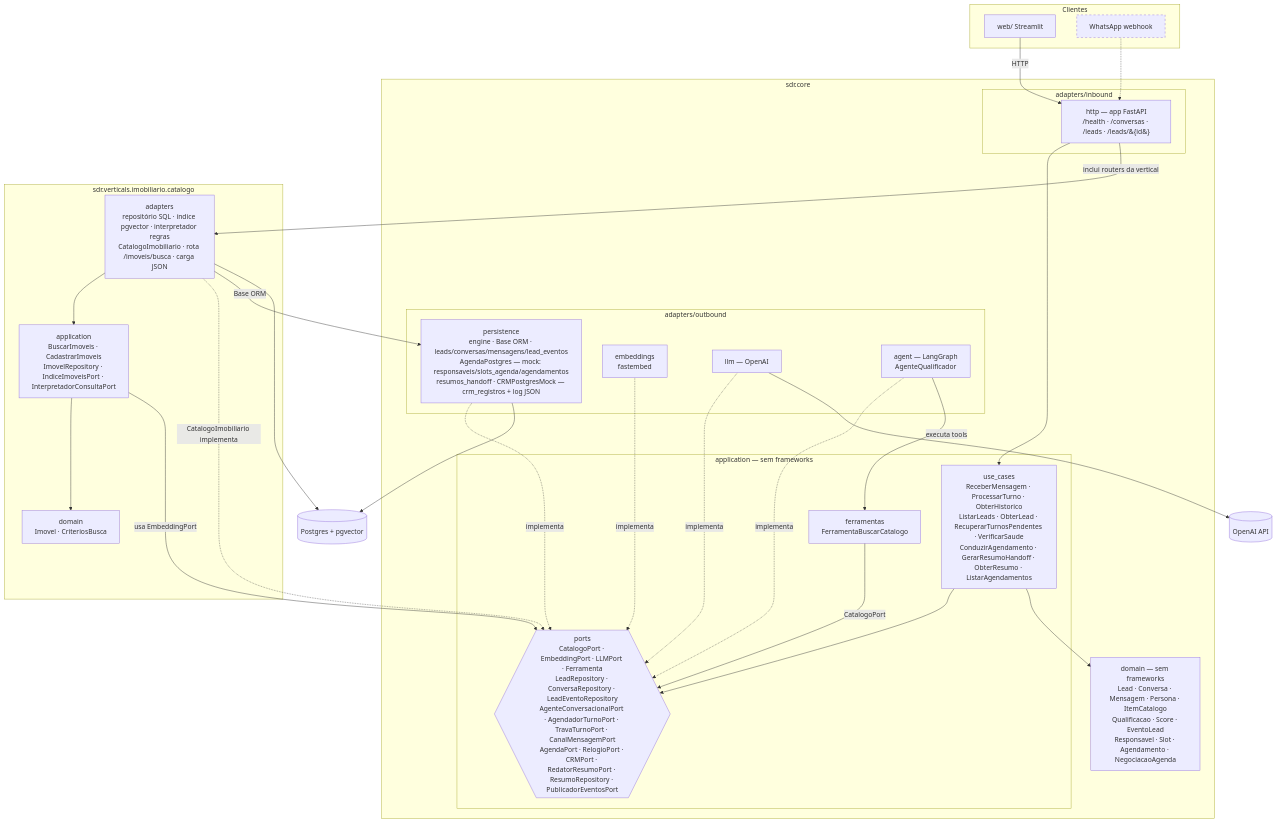
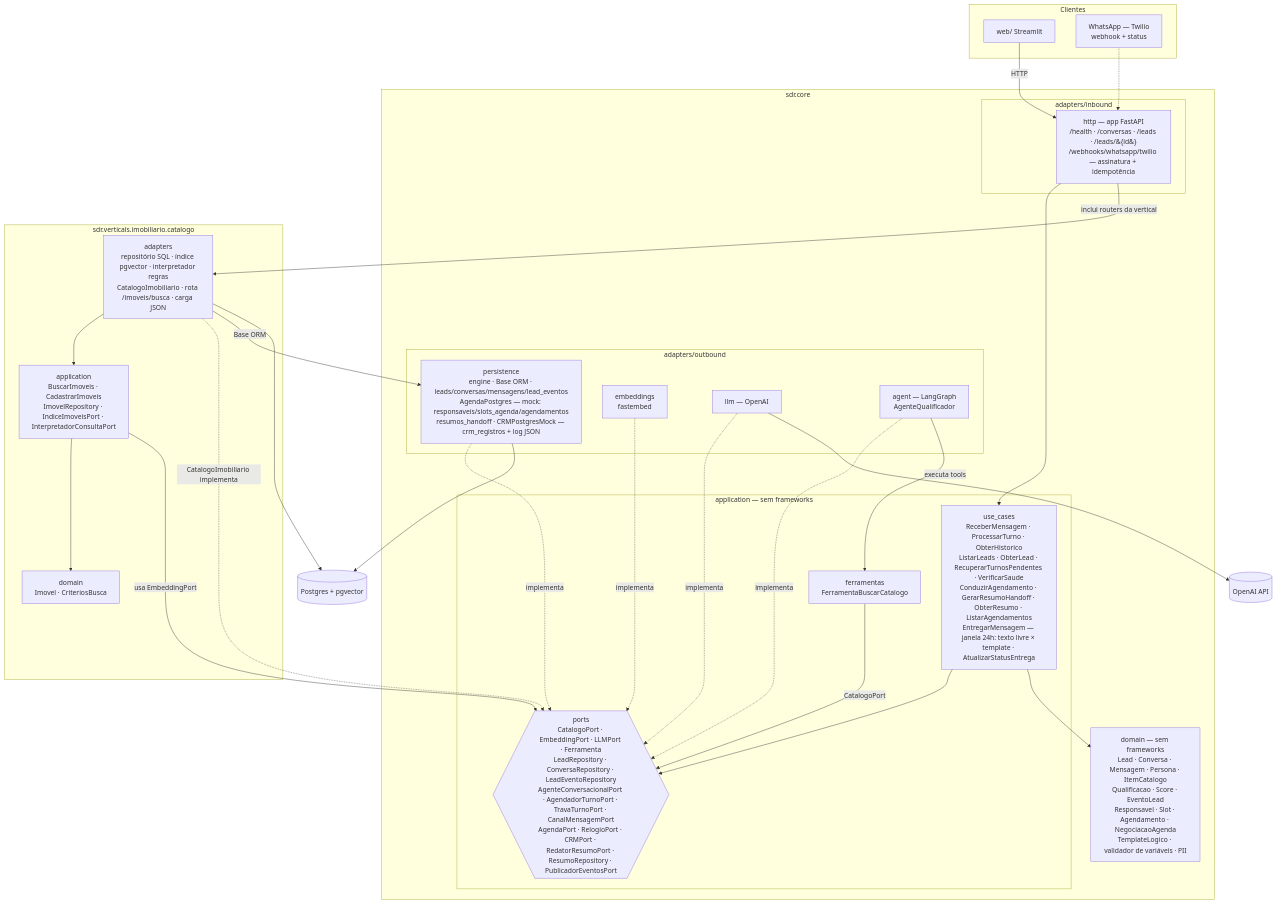
Before and after one commit to amaranini/tech-challenge-fase-5: the third of 15 diagrams in docs/arquitetura.md, drawn with Mermaid. The commit also changed 68 other files, not shown here.

First line of the commit message:
Dia 4 Etapa A: canal WhatsApp (Twilio) + templates com janela de 24h no core

````diff
--- a/docs/arquitetura.md
+++ b/docs/arquitetura.md
@@ -98,57 +98,57 @@
 ```mermaid
 flowchart TB
     subgraph clientes[Clientes]
         web[web/ Streamlit]
-        wpp[WhatsApp webhook]:::futuro
+        wpp[WhatsApp — Twilio<br/>webhook + status]
     end
 
     subgraph core[sdr.core]
         subgraph cin[adapters/inbound]
-            http[http — app FastAPI<br/>/health · /conversas · /leads · /leads/&#123;id&#125;]
+            http[http — app FastAPI<br/>/health · /conversas · /leads · /leads/&#123;id&#125;<br/>/webhooks/whatsapp/twilio — assinatura + idempotência]
         end
         subgraph capp[application — sem frameworks]
-            cuc[use_cases<br/>ReceberMensagem · ProcessarTurno · ObterHistorico<br/>ListarLeads · ObterLead · RecuperarTurnosPendentes · VerificarSaude<br/>ConduzirAgendamento · GerarResumoHandoff · ObterResumo · ListarAgendamentos]
+            cuc[use_cases<br/>ReceberMensagem · ProcessarTurno · ObterHistorico<br/>ListarLeads · ObterLead · RecuperarTurnosPendentes · VerificarSaude<br/>ConduzirAgendamento · GerarResumoHandoff · ObterResumo · ListarAgendamentos<br/>EntregarMensagem — janela 24h: texto livre × template · AtualizarStatusEntrega]
             cports{{ports<br/>CatalogoPort · EmbeddingPort · LLMPort · Ferramenta<br/>LeadRepository · ConversaRepository · LeadEventoRepository<br/>AgenteConversacionalPort · AgendadorTurnoPort · TravaTurnoPort · CanalMensagemPort<br/>AgendaPort · RelogioPort · CRMPort · RedatorResumoPort · ResumoRepository · PublicadorEventosPort}}
             cferr[ferramentas<br/>FerramentaBuscarCatalogo]
         end
-        cdom[domain — sem frameworks<br/>Lead · Conversa · Mensagem · Persona · ItemCatalogo<br/>Qualificacao · Score · EventoLead<br/>Responsavel · Slot · Agendamento · NegociacaoAgenda]
+        cdom[domain — sem frameworks<br/>Lead · Conversa · Mensagem · Persona · ItemCatalogo<br/>Qualificacao · Score · EventoLead<br/>Responsavel · Slot · Agendamento · NegociacaoAgenda<br/>TemplateLogico · validador de variáveis · PII]
         subgraph cout[adapters/outbound]
             persist[persistence<br/>engine · Base ORM · leads/conversas/mensagens/lead_eventos<br/>AgendaPostgres — mock: responsaveis/slots_agenda/agendamentos<br/>resumos_handoff · CRMPostgresMock — crm_registros + log JSON]
             emb[embeddings<br/>fastembed]
             llm[llm — OpenAI]
             agent[agent — LangGraph<br/>AgenteQualificador]
         end
     end
 
     subgraph vcat[sdr.verticals.imobiliario.catalogo]
         vdom[domain<br/>Imovel · CriteriosBusca]
         vapp[application<br/>BuscarImoveis · CadastrarImoveis<br/>ImovelRepository · IndiceImoveisPort · InterpretadorConsultaPort]
         vad[adapters<br/>repositório SQL · índice pgvector · interpretador regras<br/>CatalogoImobiliario · rota /imoveis/busca · carga JSON]
     end
 
     pg[(Postgres + pgvector)]
     openaiapi[(OpenAI API)]
 
     web -- HTTP --> http
     wpp -.-> http
     http --> cuc --> cports
     cuc --> cdom
     persist -. implementa .-> cports
     emb -. implementa .-> cports
     llm -. implementa .-> cports
     agent -. implementa .-> cports
     agent -- "executa tools" --> cferr
     cferr -- CatalogoPort --> cports
 
     vad --> vapp --> vdom
     vad -. "CatalogoImobiliario implementa" .-> cports
     vapp -- usa EmbeddingPort --> cports
     vad -- "Base ORM" --> persist
     http -- "inclui routers da vertical" --> vad
 
     persist --> pg
     vad --> pg
     llm --> openaiapi
 
     classDef futuro stroke-dasharray: 5 5
 ```
````
